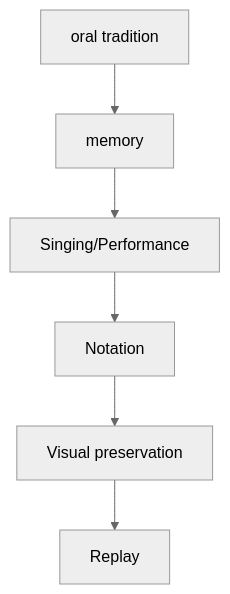
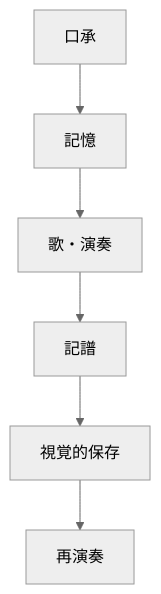
The first of 3 diagrams in en/_posts/2026-08-10-column-why-humans-invented-music-before-writing-part4.md (monumental-movement/monumental-movement.github.io), drawn with Mermaid (neutral theme) before and after one commit. The commit also changed other lines of this file and 2196 other files, not shown here.

```diff
--- a/en/_posts/2026-08-10-column-why-humans-invented-music-before-writing-part4.md
+++ b/en/_posts/2026-08-10-column-why-humans-invented-music-before-writing-part4.md
@@ -737,8 +737,8 @@
 <div class="mermaid">
 flowchart TD
-    A["oral tradition"] --> B["memory"]
-    B --> C["Singing/Performance"]
-    C --> D["Notation"]
-    D --> E["Visual preservation"]
-    E --> F["Replay"]
+    A["口承"] --> B["記憶"]
+    B --> C["歌・演奏"]
+    C --> D["記譜"]
+    D --> E["視覚的保存"]
+    E --> F["再演奏"]
 </div>
```
